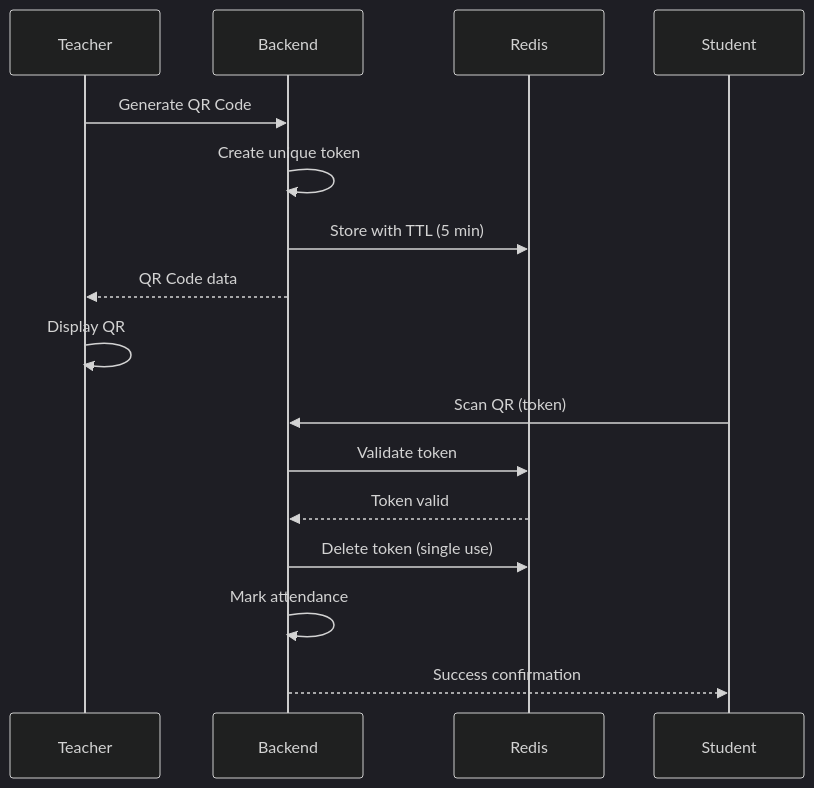
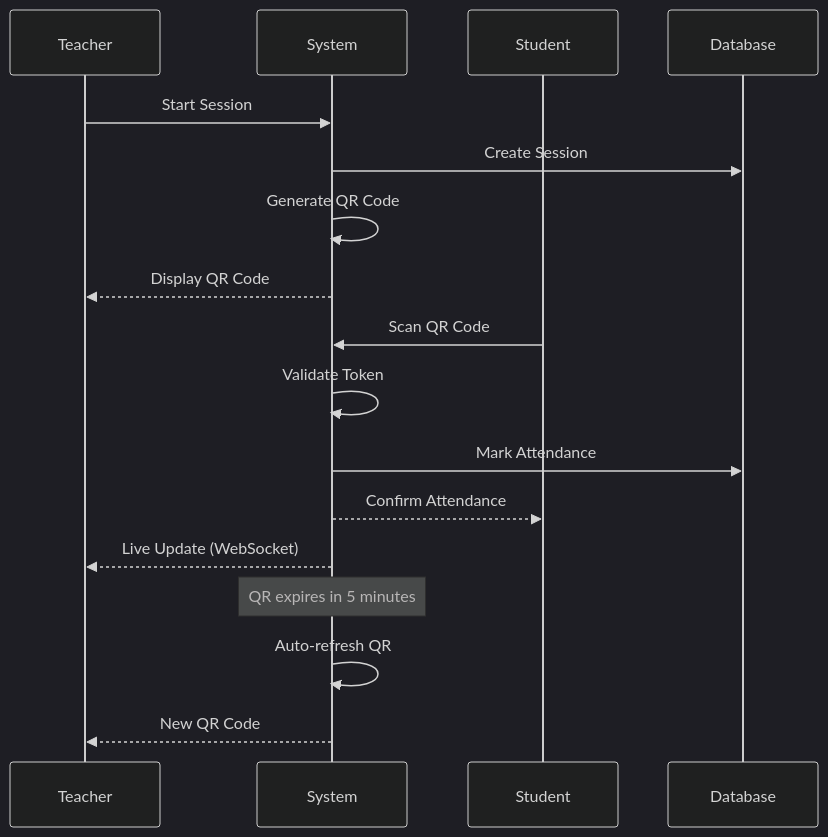
One commit to ahiko2/class-attendance changed the second of 3 diagrams in system-design/readme.md. Above: the diagram before and after it, drawn with Mermaid (dark theme). The commit also changed other lines of this file, not shown here.

````diff
--- a/system-design/readme.md
+++ b/system-design/readme.md
@@ -199,19 +110,22 @@
 ```mermaid
 sequenceDiagram
     participant T as Teacher
-    participant B as Backend
-    participant R as Redis
-    participant S as Student
+    participant S as System
+    participant ST as Student
+    participant DB as Database
     
-    T->>B: Generate QR Code
-    B->>B: Create unique token
-    B->>R: Store with TTL (5 min)
-    B-->>T: QR Code data
-    T->>T: Display QR
-    S->>B: Scan QR (token)
-    B->>R: Validate token
-    R-->>B: Token valid
-    B->>R: Delete token (single use)
-    B->>B: Mark attendance
-    B-->>S: Success confirmation
+    T->>S: Start Session
+    S->>DB: Create Session
+    S->>S: Generate QR Code
+    S-->>T: Display QR Code
+    
+    ST->>S: Scan QR Code
+    S->>S: Validate Token
+    S->>DB: Mark Attendance
+    S-->>ST: Confirm Attendance
+    S-->>T: Live Update (WebSocket)
+    
+    Note over S: QR expires in 5 minutes
+    S->>S: Auto-refresh QR
+    S-->>T: New QR Code
 ```
````
